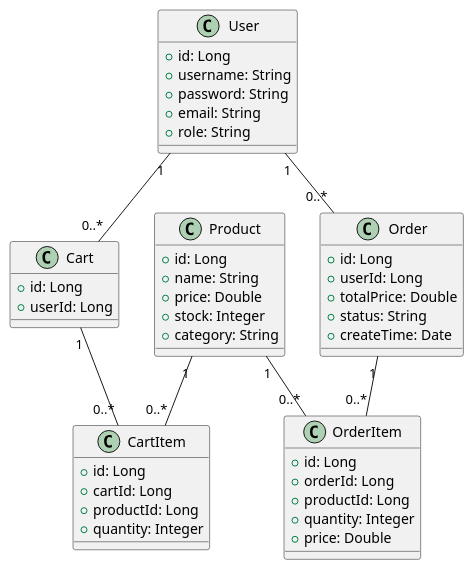
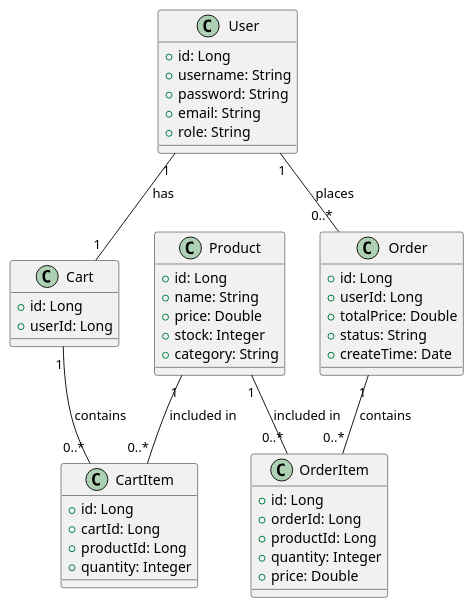
One commit to lyds1018/uml_final_assignment changed the second of 2 diagrams in summary_design.md. Above: the diagram before and after it, drawn with PlantUML.

Commit message:
vault backup: 2025-11-03 13:53:08

````diff
--- a/summary_design.md
+++ b/summary_design.md
@@ -140,55 +140,59 @@
 ```plantuml
 @startuml class_diagram
+
+' 核心实体类
 class User {
   +id: Long
   +username: String
   +password: String
   +email: String
   +role: String
 }
 
 class Product {
   +id: Long
   +name: String
   +price: Double
   +stock: Integer
   +category: String
 }
 
 class Cart {
   +id: Long
   +userId: Long
 }
 
 class CartItem {
   +id: Long
   +cartId: Long
   +productId: Long
   +quantity: Integer
 }
 
 class Order {
   +id: Long
   +userId: Long
   +totalPrice: Double
   +status: String
   +createTime: Date
 }
 
 class OrderItem {
   +id: Long
   +orderId: Long
   +productId: Long
   +quantity: Integer
   +price: Double
 }
 
-User "1" -- "0..*" Order
-User "1" -- "0..*" Cart
-Cart "1" -- "0..*" CartItem
-Order "1" -- "0..*" OrderItem
-Product "1" -- "0..*" CartItem
-Product "1" -- "0..*" OrderItem
+' 核心关系
+User "1" -- "1" Cart : has
+Cart "1" -- "0..*" CartItem : contains
+Order "1" -- "0..*" OrderItem : contains
+User "1" -- "0..*" Order : places
+Product "1" -- "0..*" CartItem : included in
+Product "1" -- "0..*" OrderItem : included in
 
 @enduml
+
 ```
````
